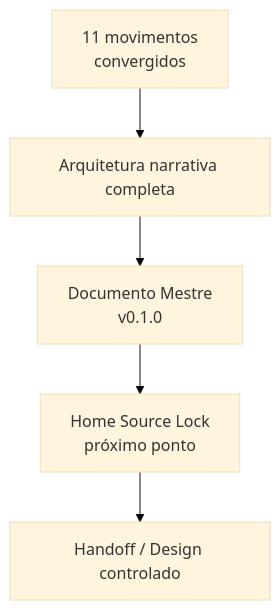
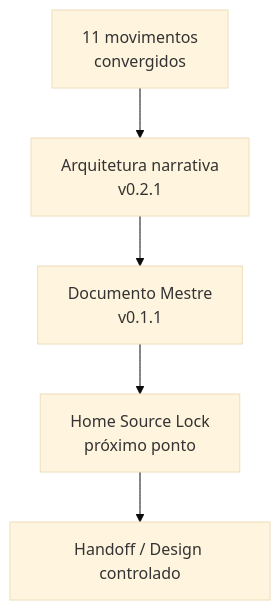
The eighth of 8 diagrams in docs/experience-architecture/public-home-intelligence-conceptual-architecture.md (guivos-repositorio/Guivos-Knowledge-Repository), drawn with Mermaid (base theme) before and after one commit. The commit also changed other lines of this file and 2 other files, not shown here.

````diff
--- a/docs/experience-architecture/public-home-intelligence-conceptual-architecture.md
+++ b/docs/experience-architecture/public-home-intelligence-conceptual-architecture.md
@@ -878,7 +893,7 @@
 ```mermaid
 flowchart TD
-    A[11 movimentos\nconvergidos] --> B[Arquitetura narrativa completa]
-    B --> C[Documento Mestre\nv0.1.0]
+    A[11 movimentos\nconvergidos] --> B[Arquitetura narrativa\nv0.2.1]
+    B --> C[Documento Mestre\nv0.1.1]
     C --> D[Home Source Lock\npróximo ponto]
     D --> E[Handoff / Design controlado]
 ```
````
